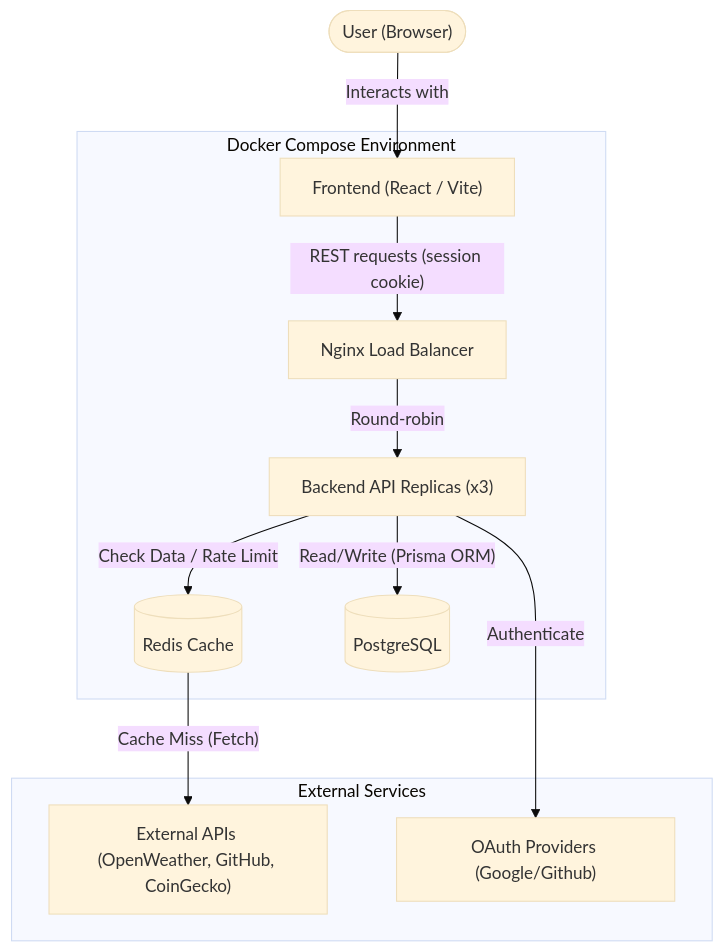
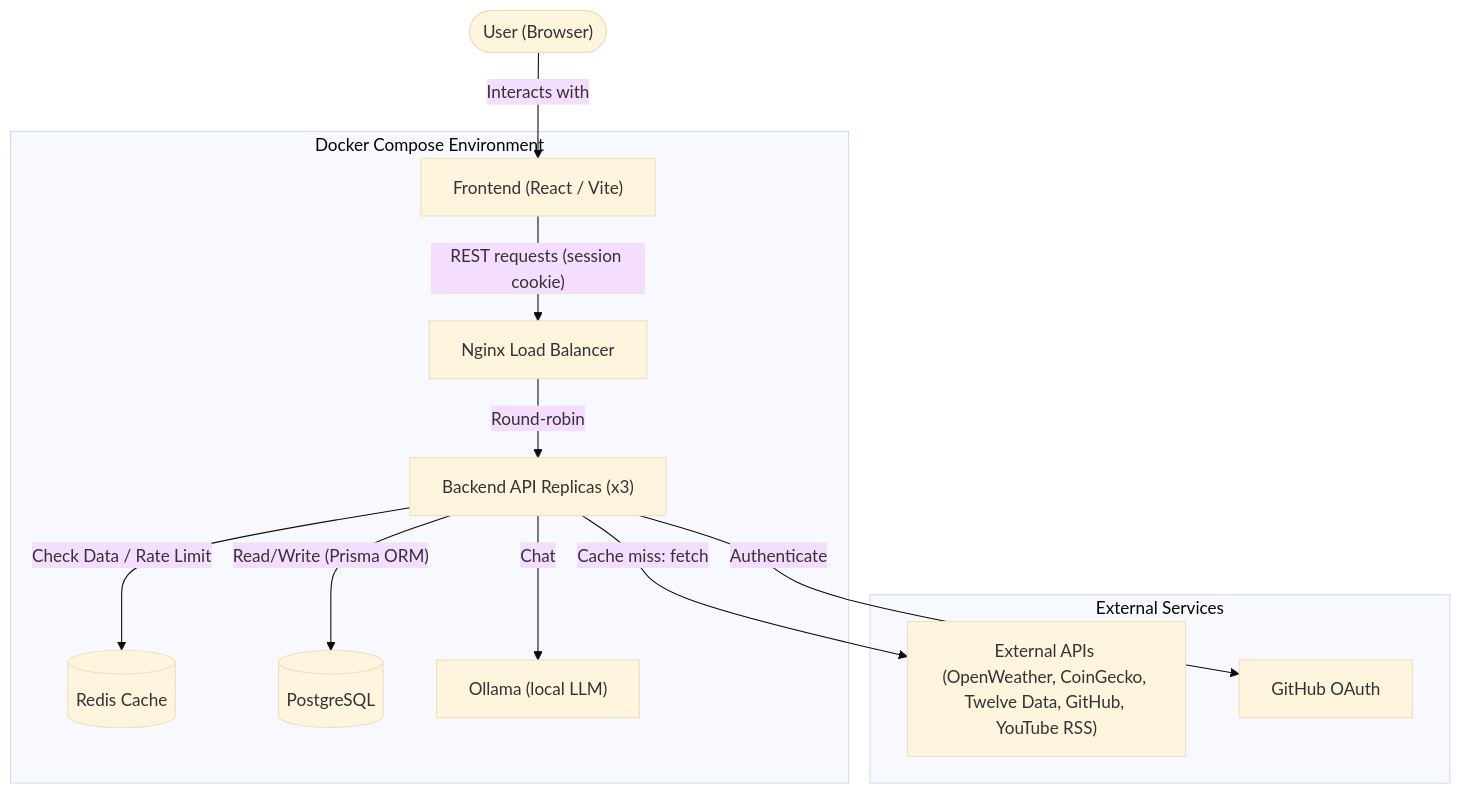
Before and after one commit to Nexlein/Dashboard: the diagram in docs/architecture.md, drawn with Mermaid (base theme). The commit also changed other lines of this file and 8 other files, not shown here.

````diff
--- a/docs/architecture.md
+++ b/docs/architecture.md
@@ -9,23 +9,25 @@
 ```mermaid
 flowchart TB
     subgraph Docker[Docker Compose Environment]
         UI["Frontend (React / Vite)"]
         LB["Nginx Load Balancer"]
         API["Backend API Replicas (x3)"]
         Cache[("Redis Cache")]
         DB[("PostgreSQL")]
+        Ollama["Ollama (local LLM)"]
     end
 
     subgraph External[External Services]
-        ExtAPIs["External APIs (OpenWeather, GitHub, CoinGecko)"]
-        OAuth["OAuth Providers (Google/Github)"]
+        ExtAPIs["External APIs (OpenWeather, CoinGecko, Twelve Data, GitHub, YouTube RSS)"]
+        OAuth["GitHub OAuth"]
     end
 
     User(["User (Browser)"]) -->|"Interacts with"| UI
     UI -->|"REST requests (session cookie)"| LB
     LB -->|"Round-robin"| API
     API -->|"Read/Write (Prisma ORM)"| DB
     API -->|"Check Data / Rate Limit"| Cache
-    Cache -->|"Cache Miss (Fetch)"| ExtAPIs
+    API -->|"Cache miss: fetch"| ExtAPIs
+    API -->|"Chat"| Ollama
     API -->|"Authenticate"| OAuth
 ```
````
